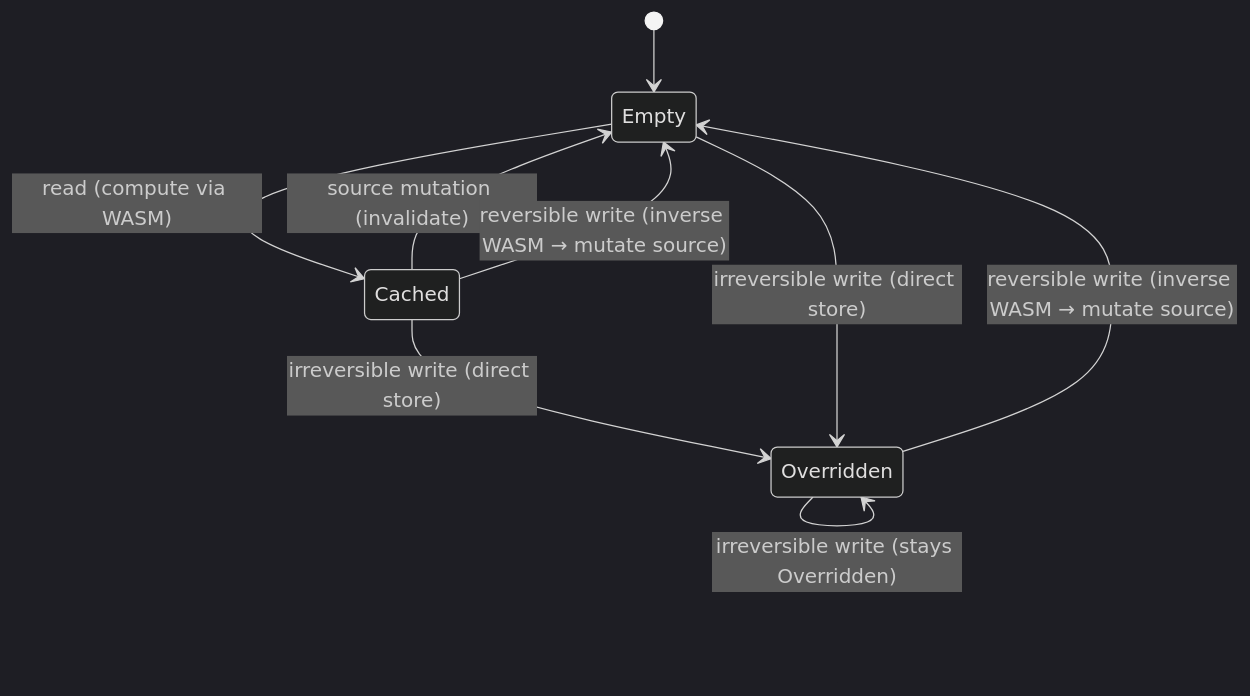
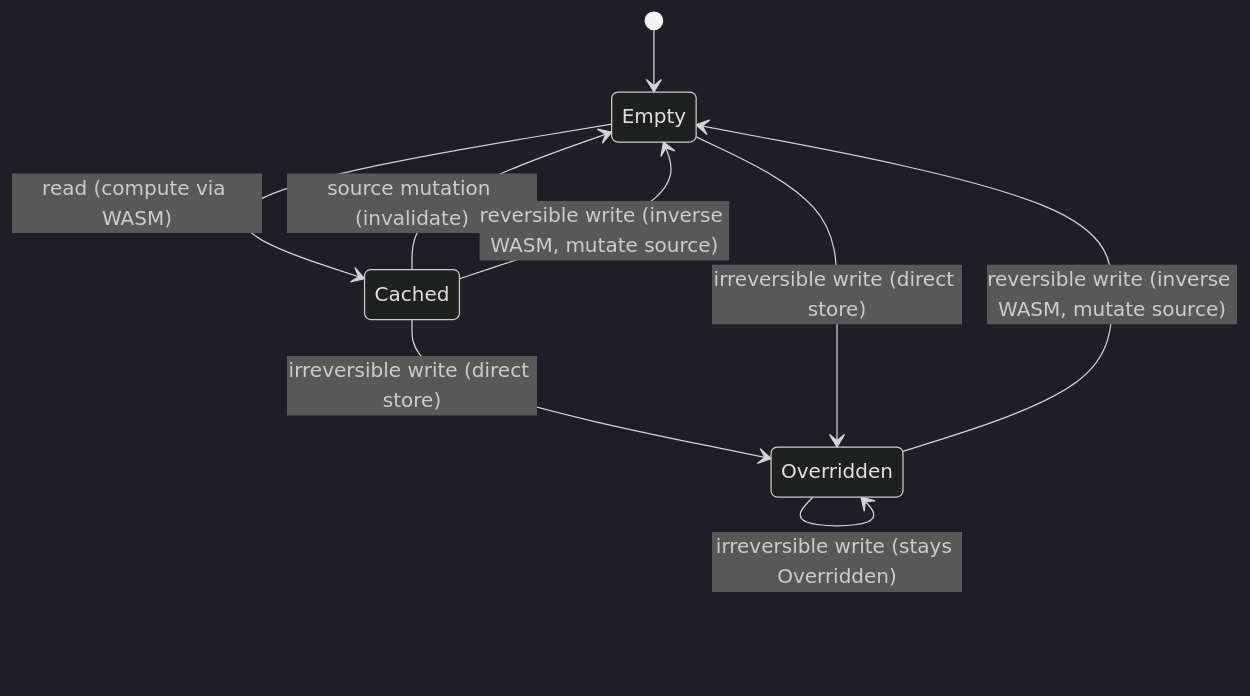
One commit to EdgeVector/edgevector-website changed the fourth of 5 diagrams in public/docs/corporate/patent_compute_without_exposure.md. Above: the diagram before and after it, drawn with Mermaid (dark theme). The commit also changed other lines of this file and 5 other files, not shown here.

First line of the commit message:
fix: render mermaid diagrams in patent PDFs and clean mermaid syntax

````diff
--- a/public/docs/corporate/patent_compute_without_exposure.md
+++ b/public/docs/corporate/patent_compute_without_exposure.md
@@ -215,12 +215,12 @@
 ```mermaid
 stateDiagram-v2
     [*] --> Empty
     Empty --> Cached: read (compute via WASM)
     Cached --> Empty: source mutation (invalidate)
-    Cached --> Empty: reversible write (inverse WASM → mutate source)
+    Cached --> Empty: reversible write (inverse WASM, mutate source)
     Cached --> Overridden: irreversible write (direct store)
     Overridden --> Overridden: source mutation (no change)
     Overridden --> Overridden: irreversible write (stays Overridden)
-    Overridden --> Empty: reversible write (inverse WASM → mutate source)
+    Overridden --> Empty: reversible write (inverse WASM, mutate source)
     Empty --> Overridden: irreversible write (direct store)
 ```
````
